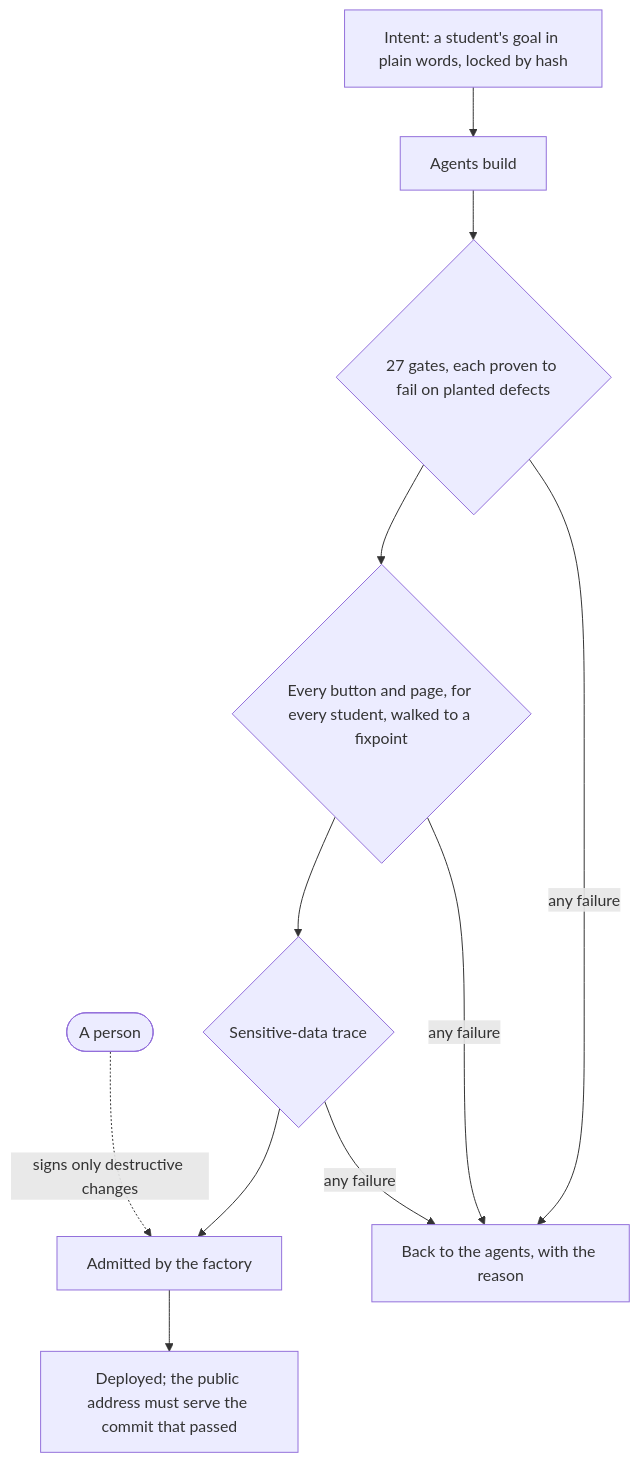
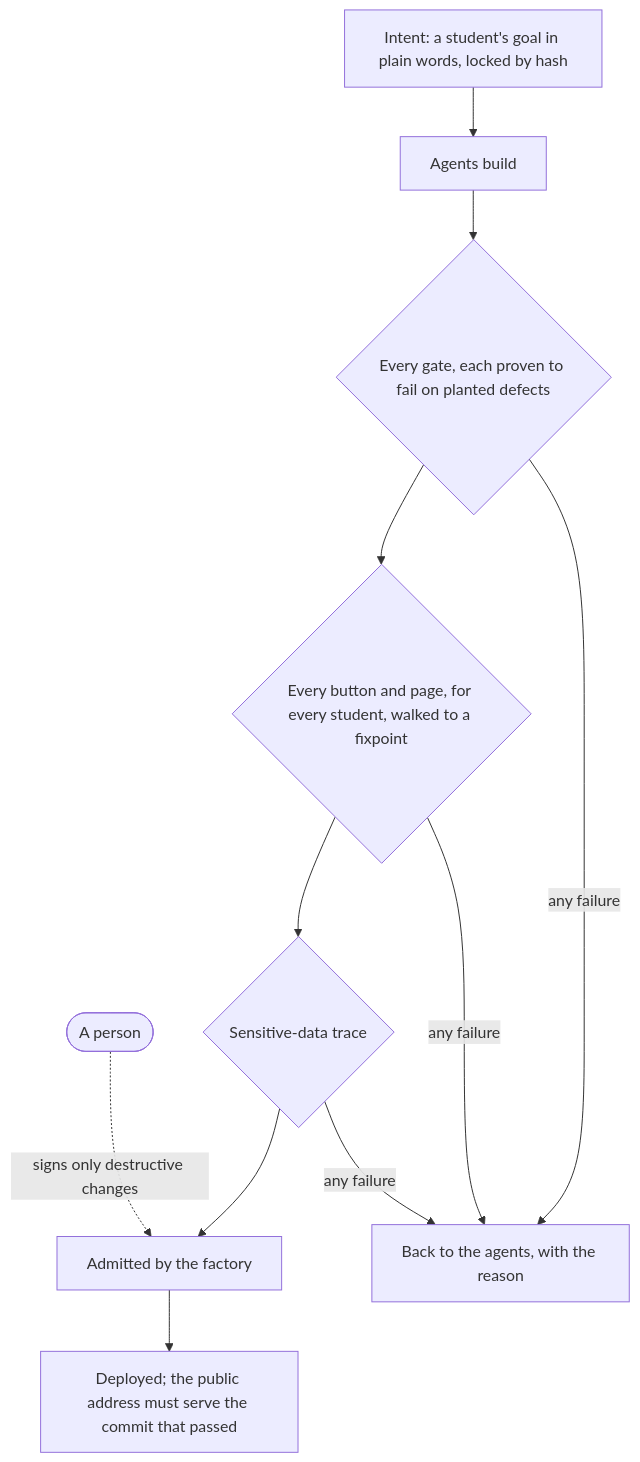
One commit to russlittle/ZTHR changed the third of 4 diagrams in writeups/the-case.md. Above: the diagram before and after it, drawn with Mermaid. The commit also changed other lines of this file and 857 other files, not shown here.

First line of the commit message:
Every public number from one source; zthr.ai published from the build that measured it; rules for agents

````diff
--- a/writeups/the-case.md
+++ b/writeups/the-case.md
@@ -86,11 +86,11 @@
 ```mermaid
 flowchart TB
   intent[Intent: a student's goal in plain words, locked by hash] --> build[Agents build]
-  build --> gates{27 gates, each proven to fail on planted defects}
+  build --> gates{Every gate, each proven to fail on planted defects}
   gates --> walks{Every button and page, for every student, walked to a fixpoint}
   walks --> trace{Sensitive-data trace}
   trace --> admit[Admitted by the factory]
   admit --> serve[Deployed; the public address must serve the commit that passed]
   gates & walks & trace -- any failure --> back[Back to the agents, with the reason]
   person([A person]) -. signs only destructive changes .-> admit
 ```
````
